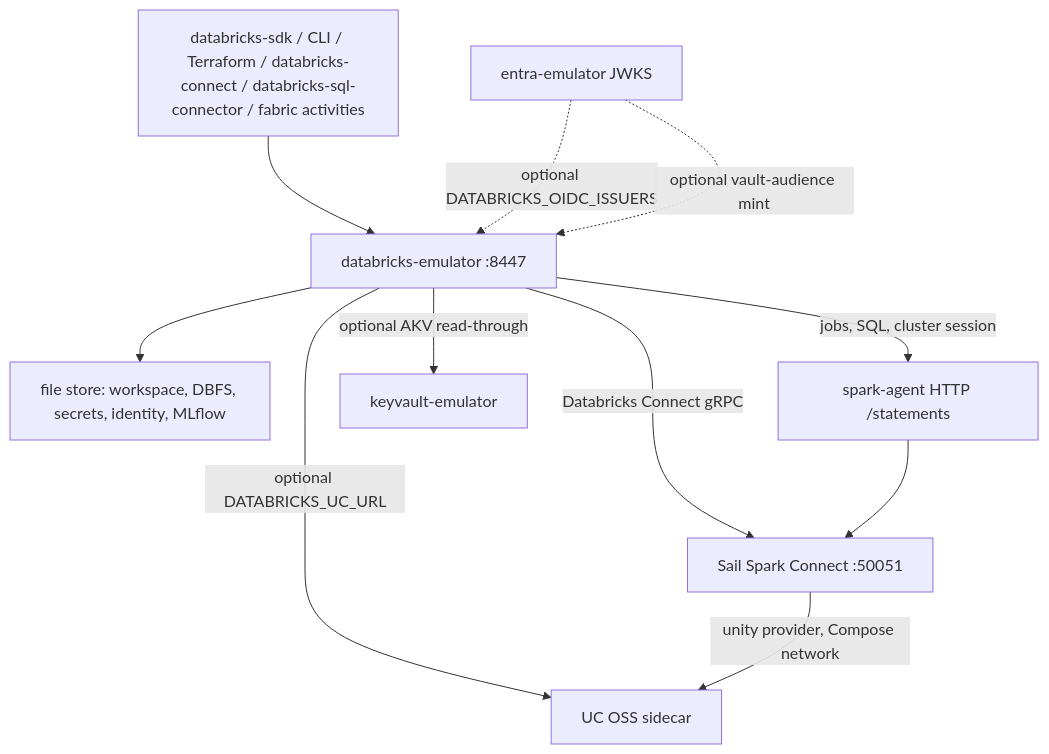
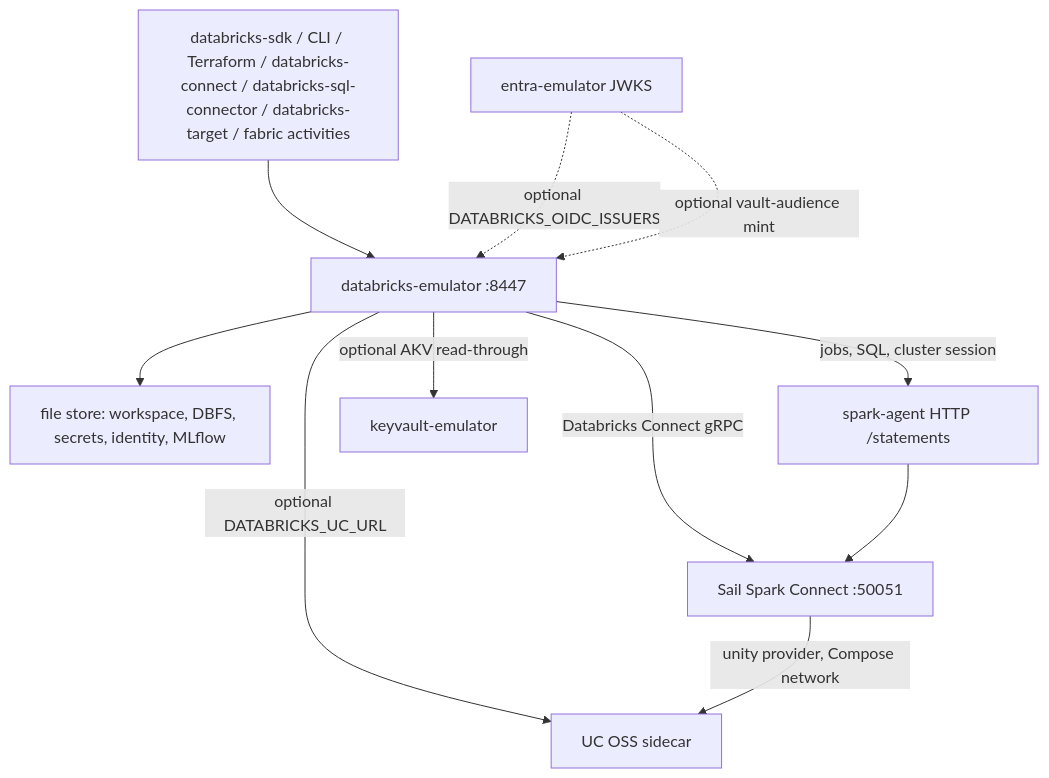
The diagram in docs/03-architecture.md (calvinchengx/databricks-emulator), drawn with Mermaid before and after one commit. The commit also changed 24 other files, not shown here.

Commit message:
Publish databricks-target so consumers resolve emulator vs real by name. (#22)

````diff
--- a/docs/03-architecture.md
+++ b/docs/03-architecture.md
@@ -10,21 +10,21 @@
 ```mermaid
 graph TD
-  clients["databricks-sdk / CLI / Terraform / databricks-connect / databricks-sql-connector / fabric activities"]
+  clients["databricks-sdk / CLI / Terraform / databricks-connect / databricks-sql-connector / databricks-target / fabric activities"]
   ws["databricks-emulator :8447"]
   store["file store: workspace, DBFS, secrets, identity, MLflow"]
   agent["spark-agent HTTP /statements"]
   sail["Sail Spark Connect :50051"]
   uc["UC OSS sidecar"]
   kv["keyvault-emulator"]
   entra["entra-emulator JWKS"]
   clients --> ws
   ws --> store
   ws -->|"jobs, SQL, cluster session"| agent
   ws -->|"Databricks Connect gRPC"| sail
   agent --> sail
   ws -->|"optional DATABRICKS_UC_URL"| uc
   sail -->|"unity provider, Compose network"| uc
   ws -->|"optional AKV read-through"| kv
   entra -.->|"optional DATABRICKS_OIDC_ISSUERS"| ws
   entra -.->|"optional vault-audience mint"| ws
 ```
````
